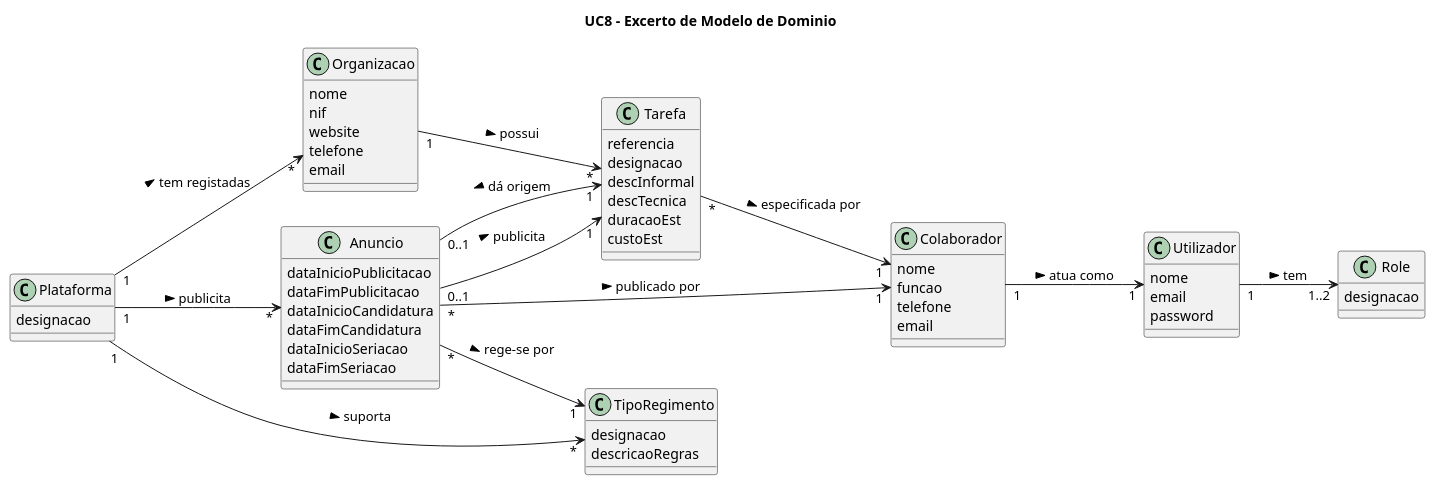
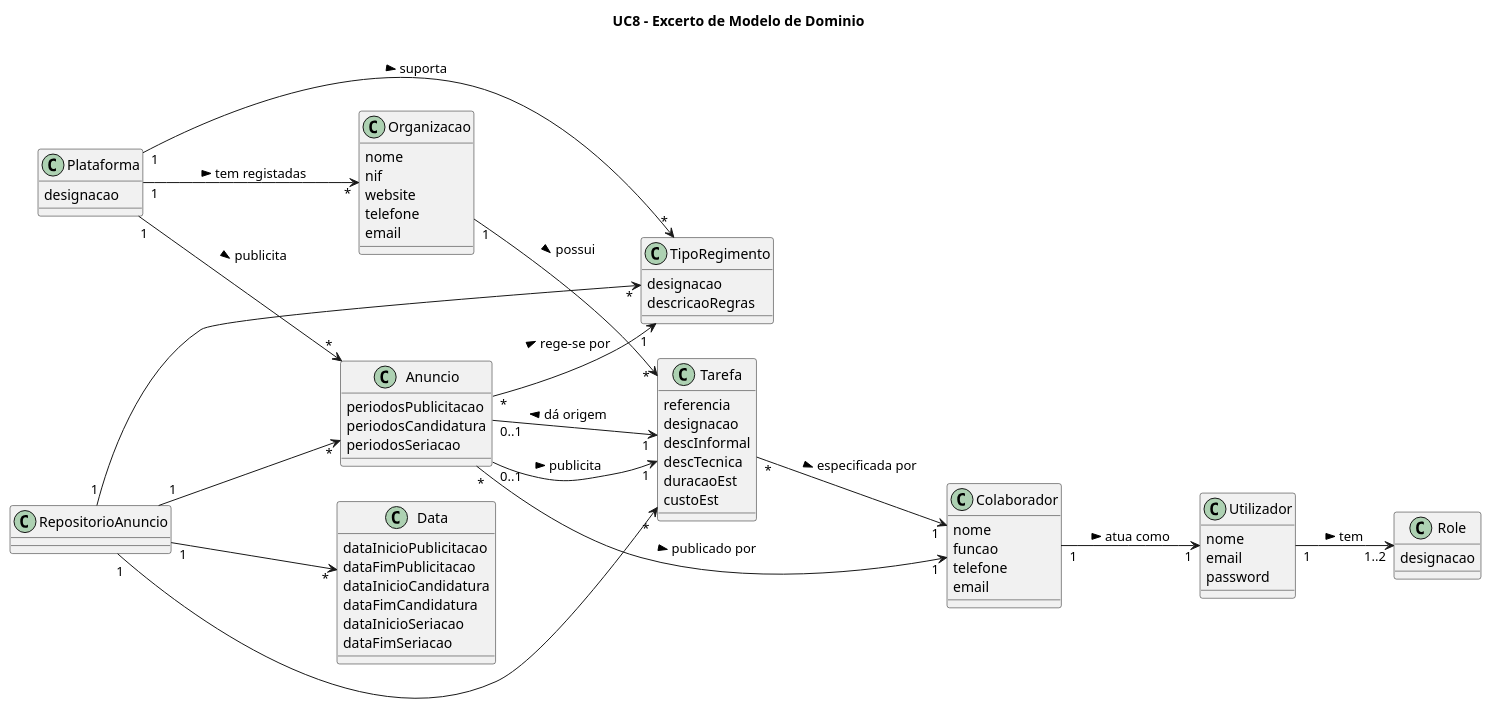
Before and after one commit to pedro-miguez/upskill_java1_labprg_grupo3: the diagram in Análise/UC8_Publicar_Tarefa/UC8_MD/UC8_ModeloDominio.wsd, drawn with PlantUML. The commit also changed 1 other file, not shown here.

```diff
--- a/Análise/UC8_Publicar_Tarefa/UC8_MD/UC8_ModeloDominio.wsd
+++ b/Análise/UC8_Publicar_Tarefa/UC8_MD/UC8_ModeloDominio.wsd
@@ -1,77 +1,92 @@
 @startuml
 
 title UC8 - Excerto de Modelo de Dominio
 left to right direction
 
 
 class Plataforma {
     designacao
 }
 
 class Organizacao {
     nome
     nif
     website
     telefone
     email
 }
 
+class RepositorioAnuncio {
+
+}
+
 class Anuncio {
-    dataInicioPublicitacao
-    dataFimPublicitacao
-    dataInicioCandidatura
-    dataFimCandidatura
-    dataInicioSeriacao
-    dataFimSeriacao
+    periodosPublicitacao
+    periodosCandidatura
+    periodosSeriacao
 }
 
 class Tarefa {
     referencia
     designacao
     descInformal
     descTecnica
     duracaoEst
     custoEst
 }
 
 class TipoRegimento {
     designacao
     descricaoRegras
 }
 
 class Colaborador {
     nome
     funcao
     telefone
     email
 }
 
 class Utilizador {
     nome
     email
     password
 }
 
 class Role {
     designacao
 }
 
+class Data {
+    dataInicioPublicitacao
+    dataFimPublicitacao
+    dataInicioCandidatura
+    dataFimCandidatura
+    dataInicioSeriacao
+    dataFimSeriacao
+}
+
 
 Plataforma "1" --> "*" TipoRegimento: suporta >
 Plataforma "1" --> "*" Anuncio: publicita >
 Plataforma "1" --> "*" Organizacao: tem registadas >
 
 Anuncio "*" --> "1" TipoRegimento: rege-se por >
 Anuncio "*" --> "1" Colaborador: publicado por >
 Anuncio "0..1" --> "1" Tarefa: publicita >
 Anuncio "0..1" --> "1" Tarefa: < dá origem
 
 Tarefa "*" --> "1" Colaborador: especificada por >
 
 Organizacao "1" --> "*" Tarefa: possui >
 
 Colaborador "1" --> "1" Utilizador: atua como >
 
 Utilizador "1" --> "1..2" Role: tem >
 
+RepositorioAnuncio "1" --> "*" Tarefa
+RepositorioAnuncio "1" --> "*" TipoRegimento
+RepositorioAnuncio "1" --> "*" Data
+RepositorioAnuncio "1" --> "*" Anuncio
+
 @enduml
```
